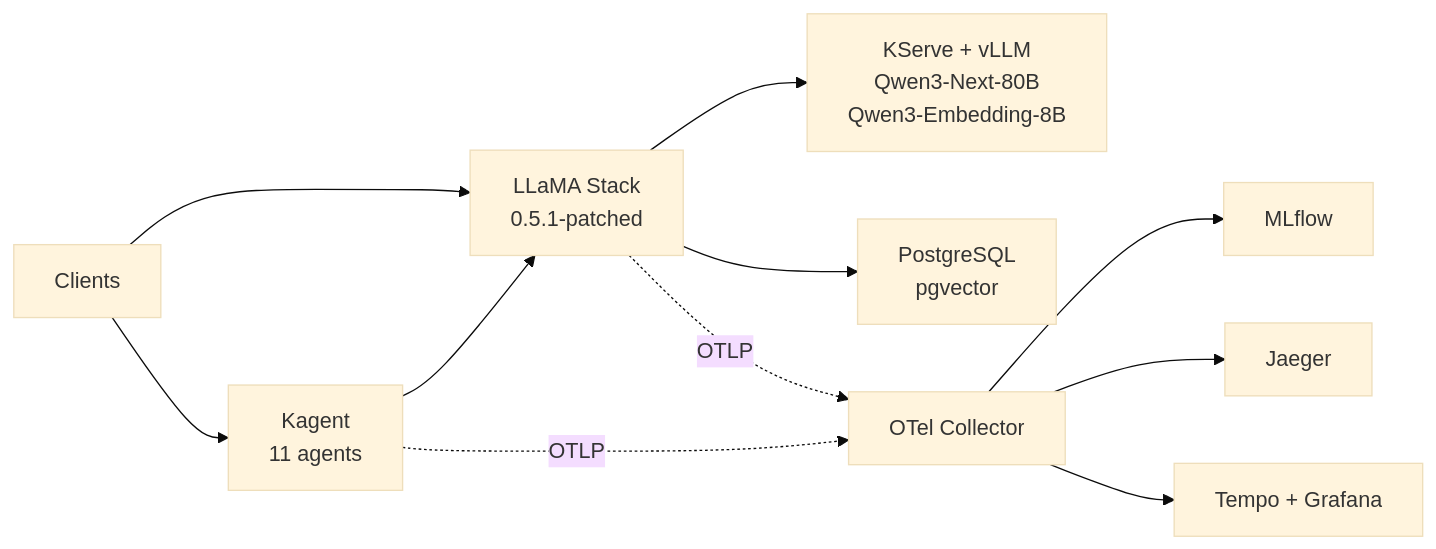
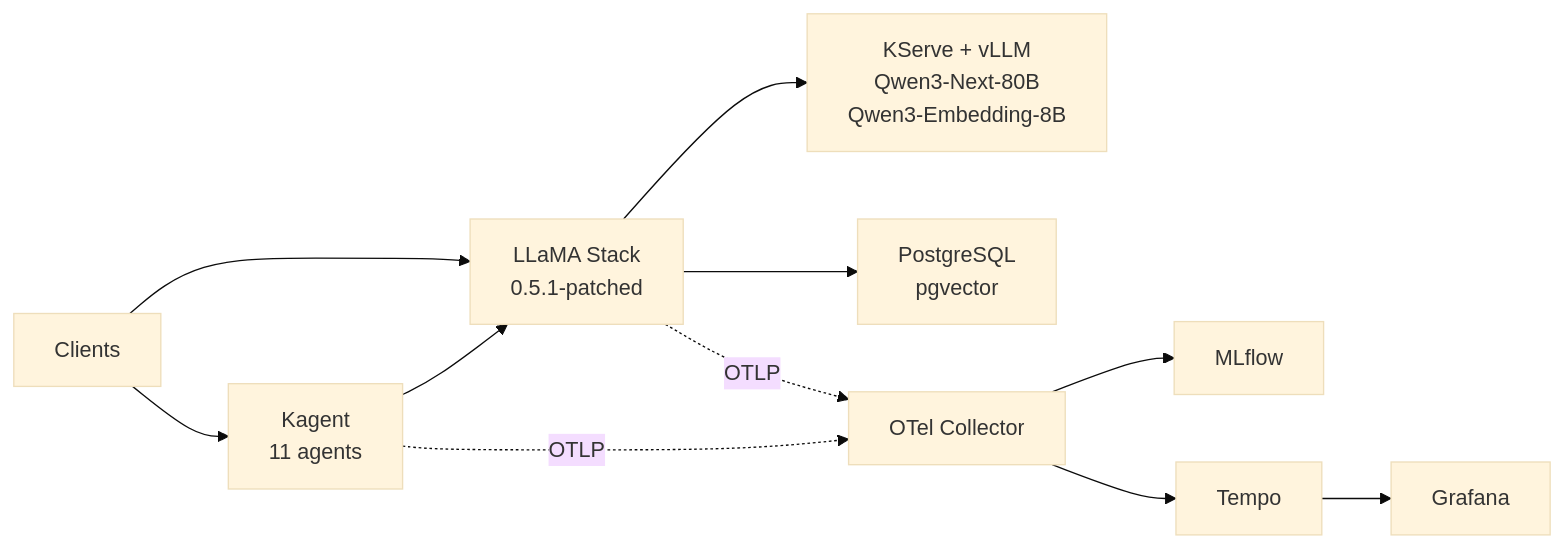
The diagram in README.md (aicatalyst-team/catalyst-lab), drawn with Mermaid (base theme) before and after one commit. The commit also changed other lines of this file and 4 other files, not shown here.

First line of the commit message:
Update documentation to reflect Tempo-based architecture (#21)

````diff
--- a/README.md
+++ b/README.md
@@ -32,18 +32,18 @@
 ```mermaid
 graph LR
     Clients["Clients"] --> Agents["Kagent
     11 agents"]
     Clients --> Gateway["LLaMA Stack
     0.5.1-patched"]
     Agents --> Gateway
     Gateway --> Models["KServe + vLLM
     Qwen3-Next-80B
     Qwen3-Embedding-8B"]
     Gateway --> Data["PostgreSQL
     pgvector"]
     Gateway -.->|"OTLP"| OTel["OTel Collector"]
     Agents -.->|"OTLP"| OTel
     OTel --> MLflow["MLflow"]
-    OTel --> Jaeger["Jaeger"]
-    OTel --> Tempo["Tempo + Grafana"]
+    OTel --> Tempo["Tempo"]
+    Tempo --> Grafana["Grafana"]
 ```
````
